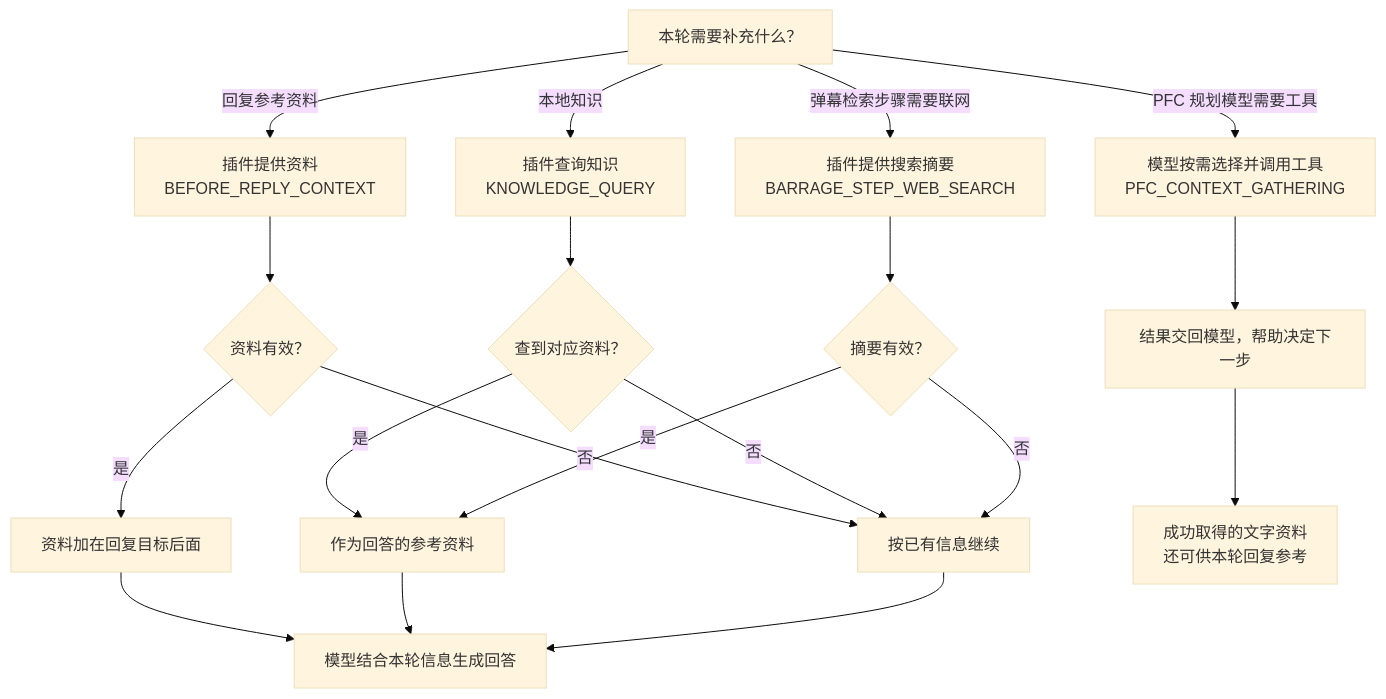
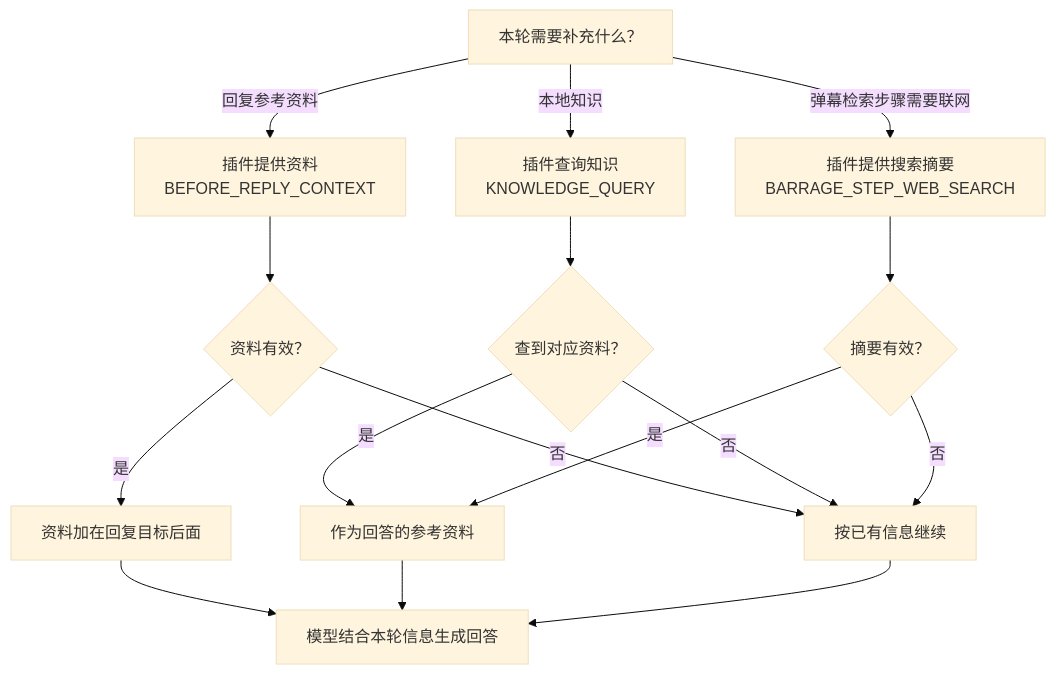
One commit to shengjiezhang1019-creator/lubi-plugin-market changed the second of 4 diagrams in docs/hook-contracts.md. Above: the diagram before and after it, drawn with Mermaid (base theme). The commit also changed other lines of this file, not shown here.

Commit message:
docs: add memory lookup flow and separate PFC tools

````diff
--- a/docs/hook-contracts.md
+++ b/docs/hook-contracts.md
@@ -37,27 +37,23 @@
 ```mermaid
 flowchart TD
     need["本轮需要补充什么？"]
     need -->|回复参考资料| context["插件提供资料<br/>BEFORE_REPLY_CONTEXT"]
     context --> contextok{"资料有效？"}
     contextok -->|是| prompt["资料加在回复目标后面"]
     contextok -->|否| original["按已有信息继续"]
     need -->|本地知识| knowledge["插件查询知识<br/>KNOWLEDGE_QUERY"]
     knowledge --> knowledgeok{"查到对应资料？"}
     knowledgeok -->|是| reference["作为回答的参考资料"]
     knowledgeok -->|否| original
     need -->|弹幕检索步骤需要联网| web["插件提供搜索摘要<br/>BARRAGE_STEP_WEB_SEARCH"]
     web --> webok{"摘要有效？"}
     webok -->|是| reference
     webok -->|否| original
     prompt --> reply["模型结合本轮信息生成回答"]
     reference --> reply
     original --> reply
-    need -->|PFC 规划模型需要工具| tools["模型按需选择并调用工具<br/>PFC_CONTEXT_GATHERING"]
-    tools --> result["结果交回模型，帮助决定下一步"]
-    result --> reuse["成功取得的文字资料<br/>还可供本轮回复参考"]
 
     click context "https://github.com/shengjiezhang1019-creator/lubi-plugin-market/blob/main/docs/hook-contracts.md#before_reply_context" "查看回复资料说明"
     click knowledge "https://github.com/shengjiezhang1019-creator/lubi-plugin-market/blob/main/docs/hook-contracts.md#knowledge_query" "查看知识查询说明"
     click web "https://github.com/shengjiezhang1019-creator/lubi-plugin-market/blob/main/docs/hook-contracts.md#barrage_step_web_search" "查看联网摘要说明"
-    click tools "https://github.com/shengjiezhang1019-creator/lubi-plugin-market/blob/main/docs/hook-contracts.md#pfc_context_gathering" "查看模型工具说明"
 ```
````
